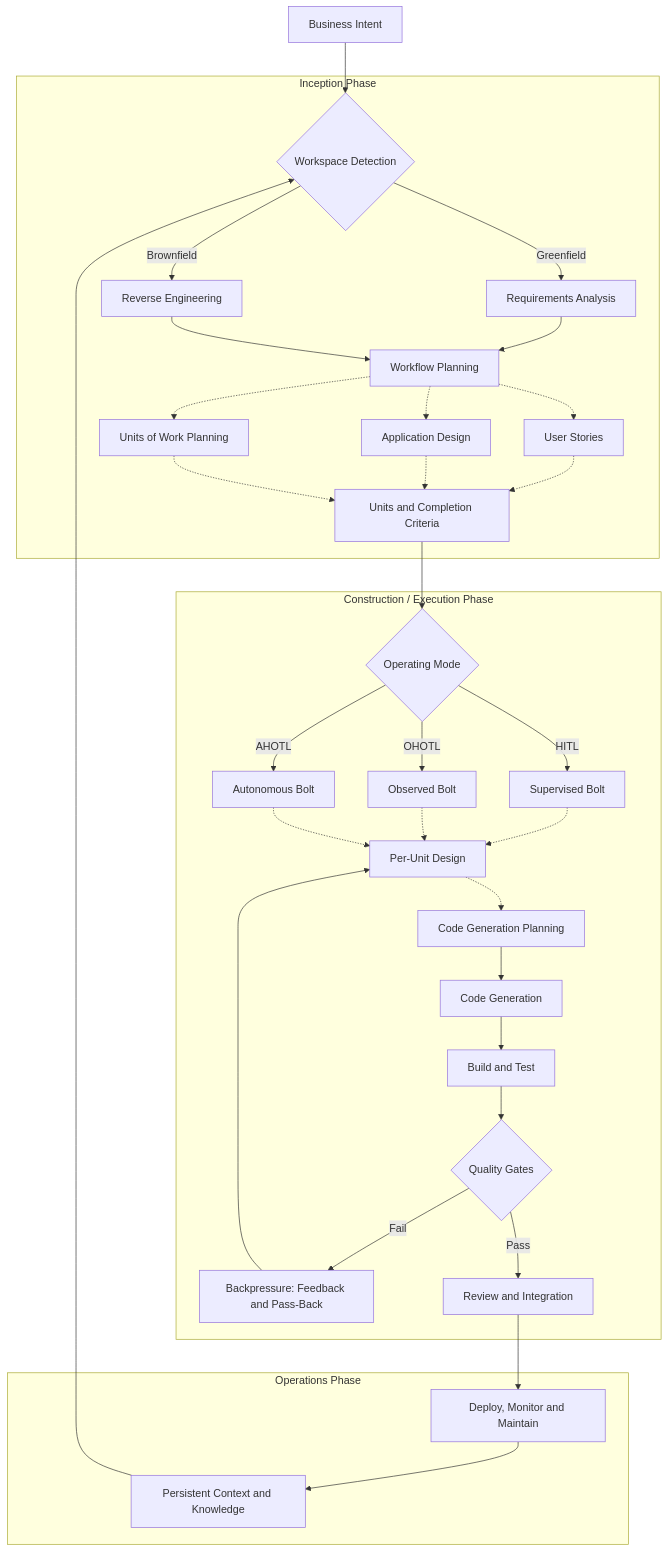
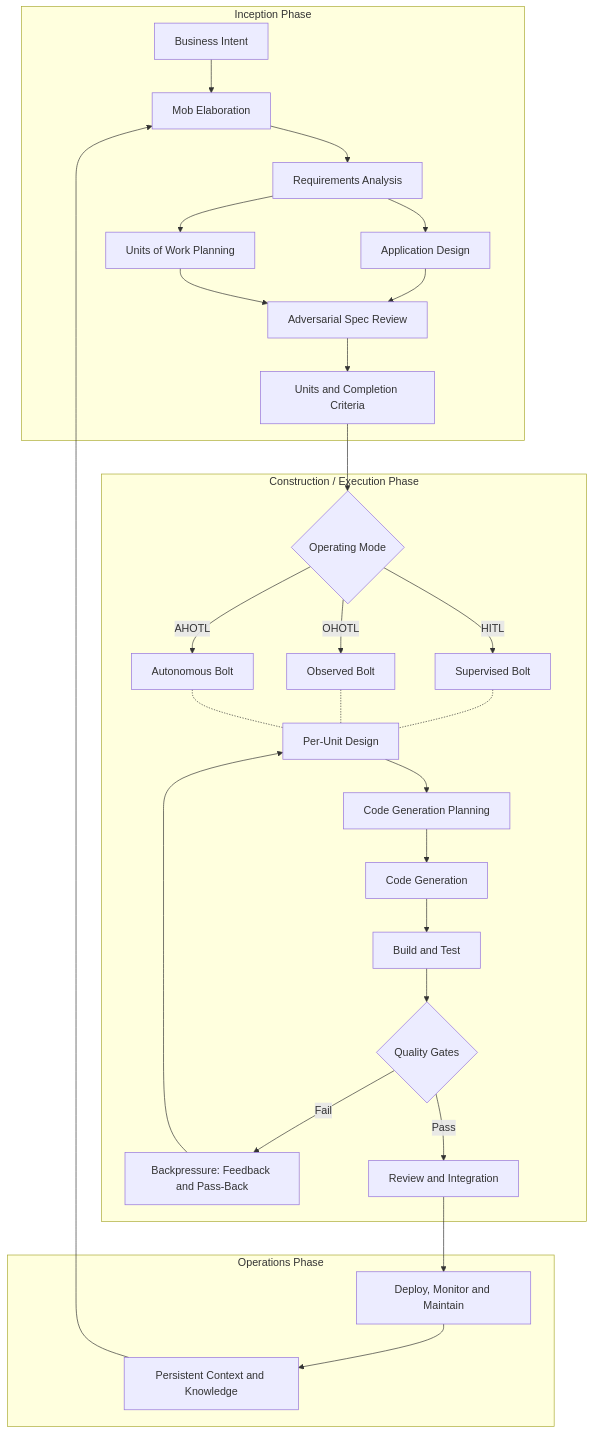
One commit to welldesignedsystem/welldesignedsystem.github.io changed the second of 3 diagrams in content/english/blog/ai/fintech/ai-dlc.md. Above: the diagram before and after it, drawn with Mermaid. The commit also changed other lines of this file, not shown here.

````diff
--- a/content/english/blog/ai/fintech/ai-dlc.md
+++ b/content/english/blog/ai/fintech/ai-dlc.md
@@ -514,41 +514,37 @@
 ```mermaid
 flowchart TD
-    A[Business Intent] --> B{Workspace Detection}
 
     subgraph INC[Inception Phase]
-        B -->|Greenfield| D[Requirements Analysis]
-        B -->|Brownfield| E[Reverse Engineering]
-        D --> F[Workflow Planning]
+        A[Business Intent] --> B[Mob Elaboration]
+        B --> C[Requirements Analysis]
+        C --> D[Application Design]
+        C --> E[Units of Work Planning]
+        D --> F[Adversarial Spec Review]
         E --> F
-        F -.-> G1[User Stories]
-        F -.-> G2[Application Design]
-        F -.-> G3[Units of Work Planning]
-        G1 -.-> H[Units and Completion Criteria]
-        G2 -.-> H
-        G3 -.-> H
+        F --> G[Units and Completion Criteria]
     end
 
     subgraph CON[Construction / Execution Phase]
-        H --> I{Operating Mode}
-        I -->|HITL| J1[Supervised Bolt]
-        I -->|OHOTL| J2[Observed Bolt]
-        I -->|AHOTL| J3[Autonomous Bolt]
-        J1 -.-> K[Per-Unit Design]
-        J2 -.-> K
-        J3 -.-> K
-        K -.-> M[Code Generation Planning]
-        M --> N[Code Generation]
-        N --> O[Build and Test]
-        O --> P{Quality Gates}
-        P -->|Fail| Q[Backpressure: Feedback and Pass-Back]
-        Q --> K
-        P -->|Pass| R[Review and Integration]
+        G --> H{Operating Mode}
+        H -->|HITL| I1[Supervised Bolt]
+        H -->|OHOTL| I2[Observed Bolt]
+        H -->|AHOTL| I3[Autonomous Bolt]
+        I1 -.- J[Per-Unit Design]
+        I2 -.- J
+        I3 -.- J
+        J --> K[Code Generation Planning]
+        K --> L[Code Generation]
+        L --> M[Build and Test]
+        M --> N{Quality Gates}
+        N -->|Fail| O[Backpressure: Feedback and Pass-Back]
+        O --> J
+        N -->|Pass| P[Review and Integration]
     end
 
     subgraph OPS[Operations Phase]
-        R --> S[Deploy, Monitor and Maintain]
-        S --> T[Persistent Context and Knowledge]
+        P --> Q[Deploy, Monitor and Maintain]
+        Q --> R[Persistent Context and Knowledge]
     end
 
-    T --> B
+    R --> B
 ```
````
